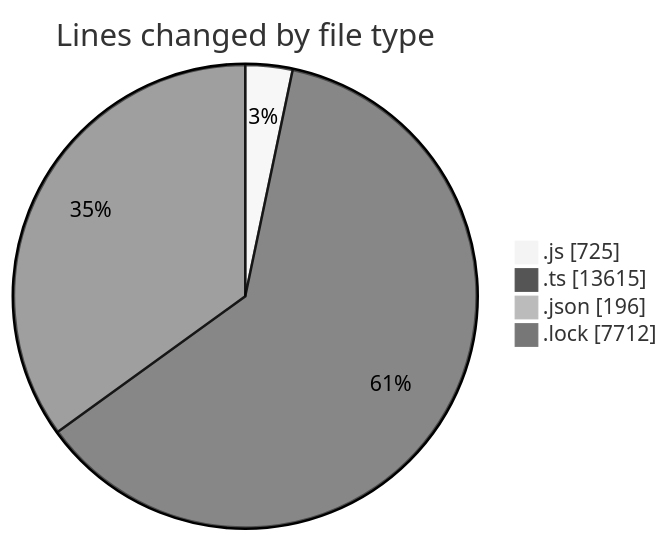
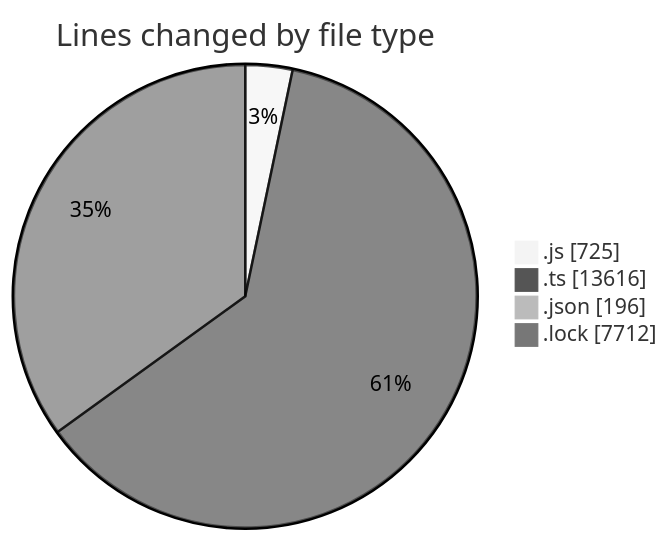
The first of 2 diagrams in 2025-05-29/cda/README.md (momahboobian/code-tracking), drawn with Mermaid (neutral theme) before and after one commit. The commit also changed other lines of this file and 1 other file, not shown here.

````diff
--- a/2025-05-29/cda/README.md
+++ b/2025-05-29/cda/README.md
@@ -36,8 +36,8 @@
 ```mermaid
 pie showData
 title Lines changed by file type
 ".js" : 725
-".ts" : 13615
+".ts" : 13616
 ".json" : 196
 ".lock" : 7712
 ```
````
